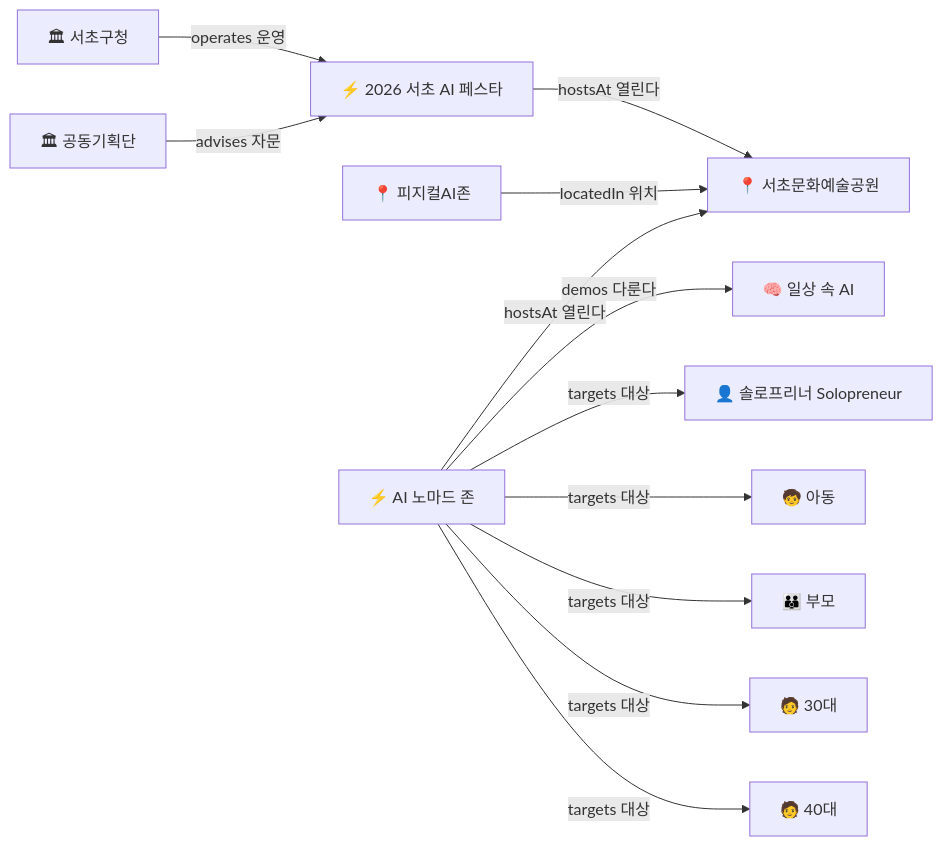
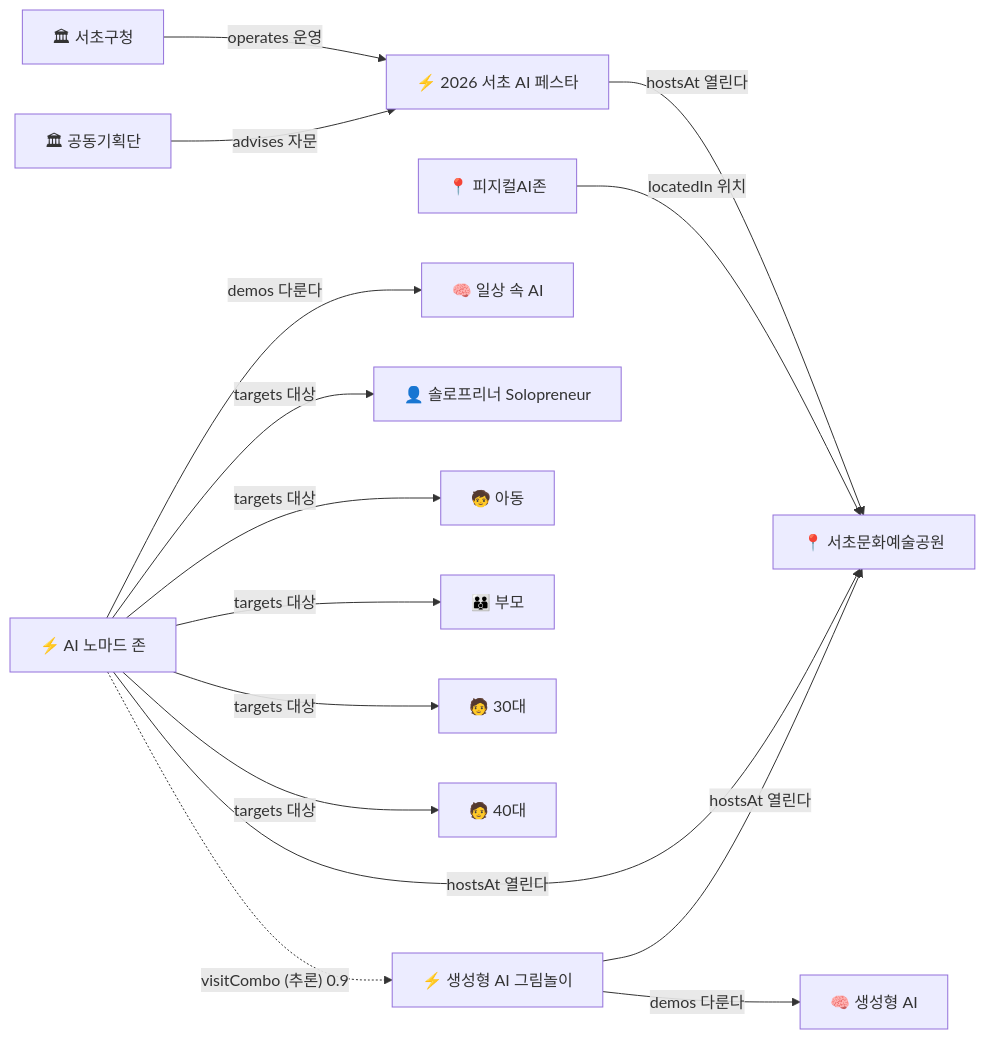
The diagram in seocho-mini-ontology/README.md (Celine96/ontology-study), drawn with Mermaid before and after one commit. The commit also changed other lines of this file and 3 other files, not shown here.

Commit message:
M3 추론 실습: same_venue_combo 규칙 + 2번째 부스 + visitCombo 점선(추론된 관계, 신뢰도 0.9)

````diff
--- a/seocho-mini-ontology/README.md
+++ b/seocho-mini-ontology/README.md
@@ -22,14 +22,17 @@
 ```mermaid
 graph LR
   org_gu["🏛 서초구청"] -->|operates 운영| fest["⚡ 2026 서초 AI 페스타"]
   fest -->|hostsAt 열린다| park["📍 서초문화예술공원"]
   zone["📍 피지컬AI존"] -->|locatedIn 위치| park
   com["🏛 공동기획단"] -->|advises 자문| fest
   nomad["⚡ AI 노마드 존"] -->|hostsAt 열린다| park
   nomad -->|demos 다룬다| topic["🧠 일상 속 AI"]
   nomad -->|targets 대상| solopreneur["👤 솔로프리너 Solopreneur"]
   nomad -->|targets 대상| kids["🧒 아동"]
   nomad -->|targets 대상| parent["👪 부모"]
   nomad -->|targets 대상| age30["🧑 30대"]
   nomad -->|targets 대상| age40["🧑 40대"]
+  genai["⚡ 생성형 AI 그림놀이"] -->|hostsAt 열린다| park
+  genai -->|demos 다룬다| topic2["🧠 생성형 AI"]
+  nomad -.->|"visitCombo (추론) 0.9"| genai
 ```
````
